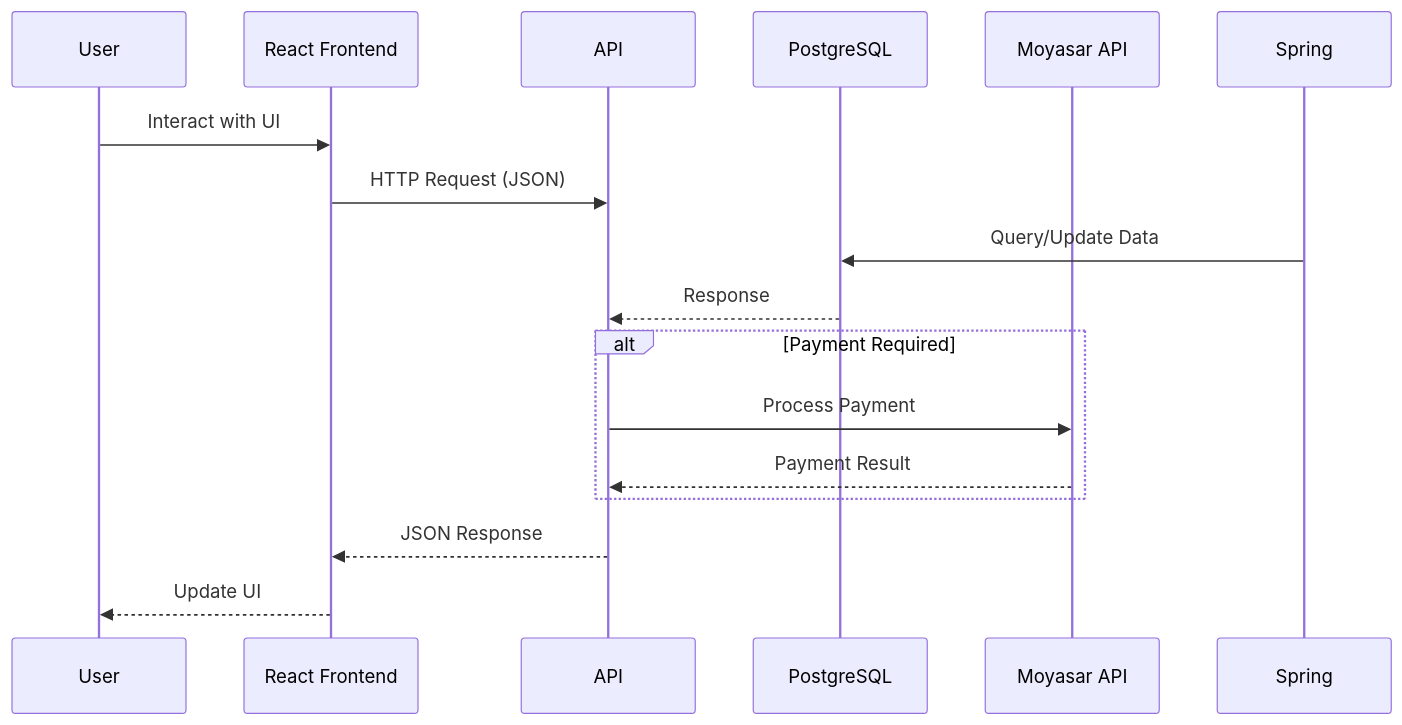
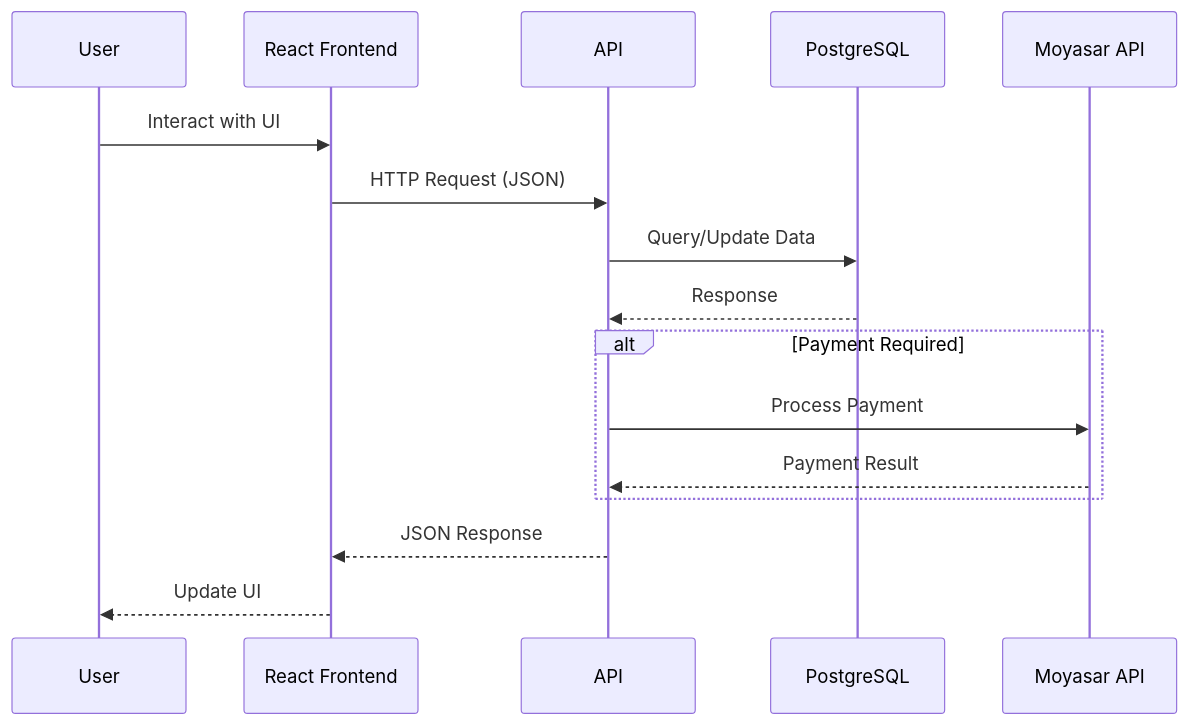
One commit to aziz5g-tech/holbertonschool-portfolio-project changed the second of 2 diagrams in Stage 3/high-level architecture diagram .md. Above: the diagram before and after it, drawn with Mermaid.

Commit message:
Fix API to DB interaction in architecture diagram

````diff
--- a/Stage 3/high-level architecture diagram .md
+++ b/Stage 3/high-level architecture diagram .md
@@ -29,21 +29,21 @@
 ```mermaid
 sequenceDiagram
     participant User
     participant React as React Frontend
     participant API
     participant DB as PostgreSQL
     participant Moyasar as Moyasar API
 
     User->>React: Interact with UI
     React->>API: HTTP Request (JSON)
-    Spring->>DB: Query/Update Data
+    API->>DB: Query/Update Data
     DB-->>API: Response
     
     alt Payment Required
         API->>Moyasar: Process Payment
         Moyasar-->>API: Payment Result
     end
     
     API-->>React: JSON Response
     React-->>User: Update UI
 ```
````
